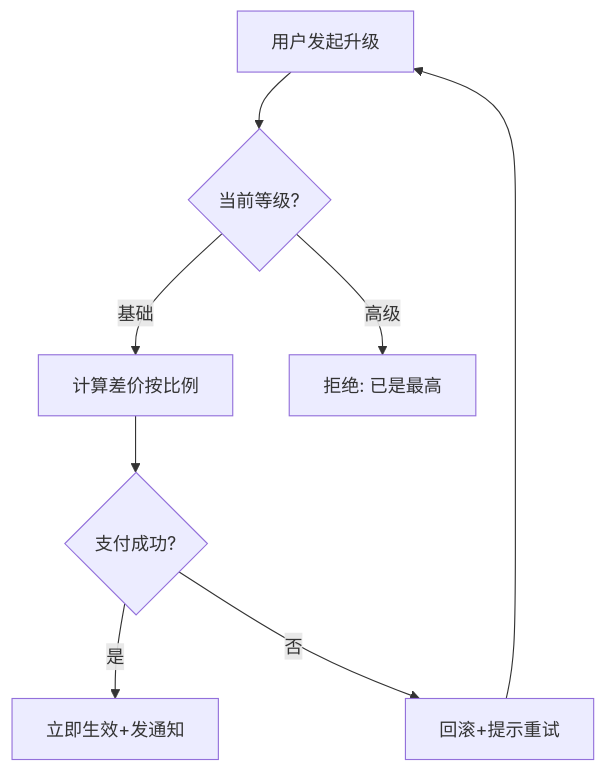
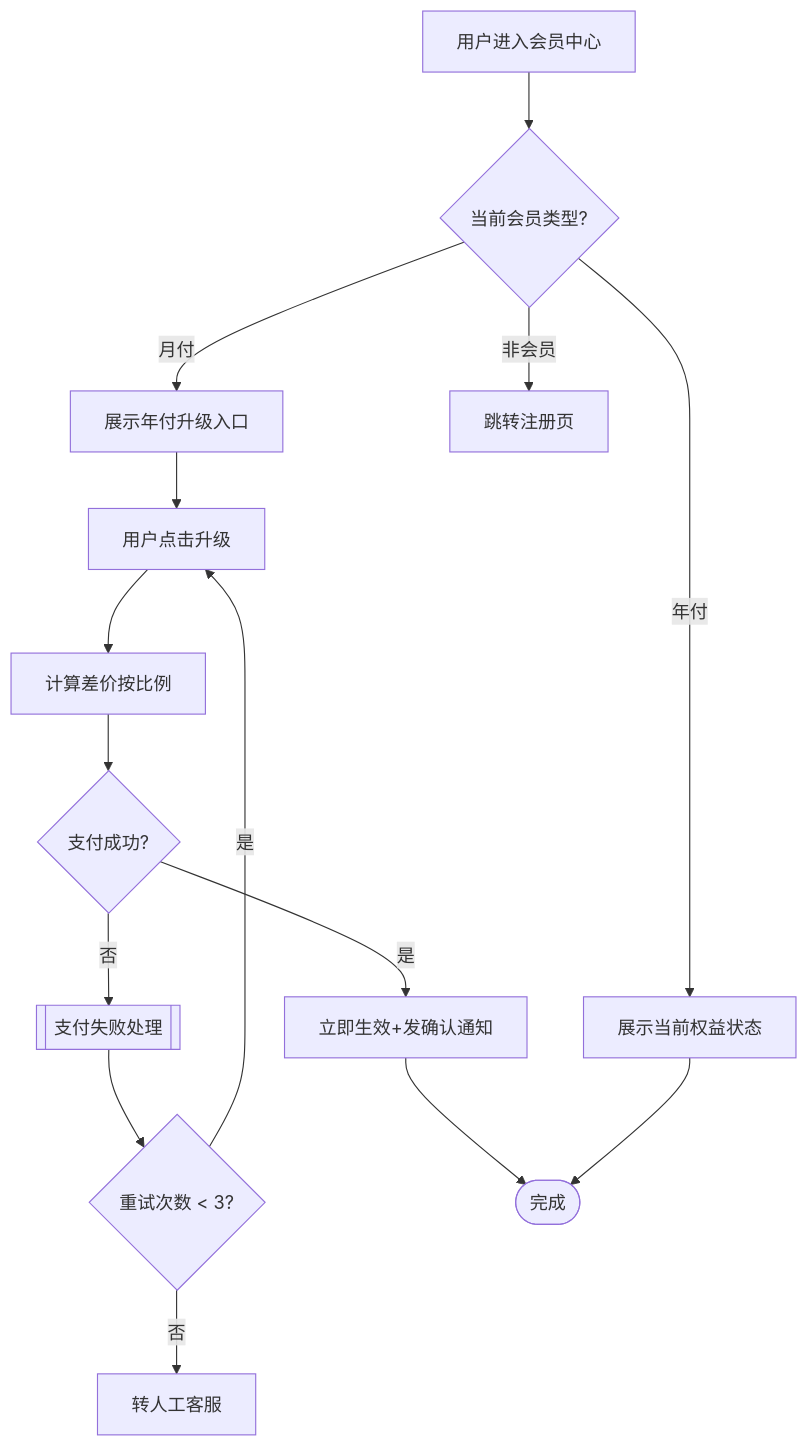
One commit to Wcof/PMSkill changed the diagram in skills/visualization/pm-flow/references/flow-example.md. Above: the diagram before and after it, drawn with Mermaid. The commit also changed other lines of this file and 37 other files, not shown here.

````diff
--- a/skills/visualization/pm-flow/references/flow-example.md
+++ b/skills/visualization/pm-flow/references/flow-example.md
@@ -5,10 +7,17 @@
 ```mermaid
 flowchart TD
-    A[用户发起升级] --> B{当前等级?}
-    B -->|基础| C[计算差价按比例]
-    B -->|高级| D[拒绝: 已是最高]
-    C --> E{支付成功?}
-    E -->|是| F[立即生效+发通知]
-    E -->|否| G[回滚+提示重试]
-    G --> A
+    s1[用户进入会员中心] --> s2{当前会员类型?}
+    s2 -->|月付| s3[展示年付升级入口]
+    s2 -->|年付| s4[展示当前权益状态]
+    s2 -->|非会员| s5[跳转注册页]
+    s3 --> s6[用户点击升级]
+    s6 --> s7[计算差价按比例]
+    s7 --> s8{支付成功?}
+    s8 -->|是| s9[立即生效+发确认通知]
+    s8 -->|否| s10[[支付失败处理]]
+    s10 --> s11{重试次数 < 3?}
+    s11 -->|是| s6
+    s11 -->|否| s12[转人工客服]
+    s9 --> s13([完成])
+    s4 --> s13
 ```
````
